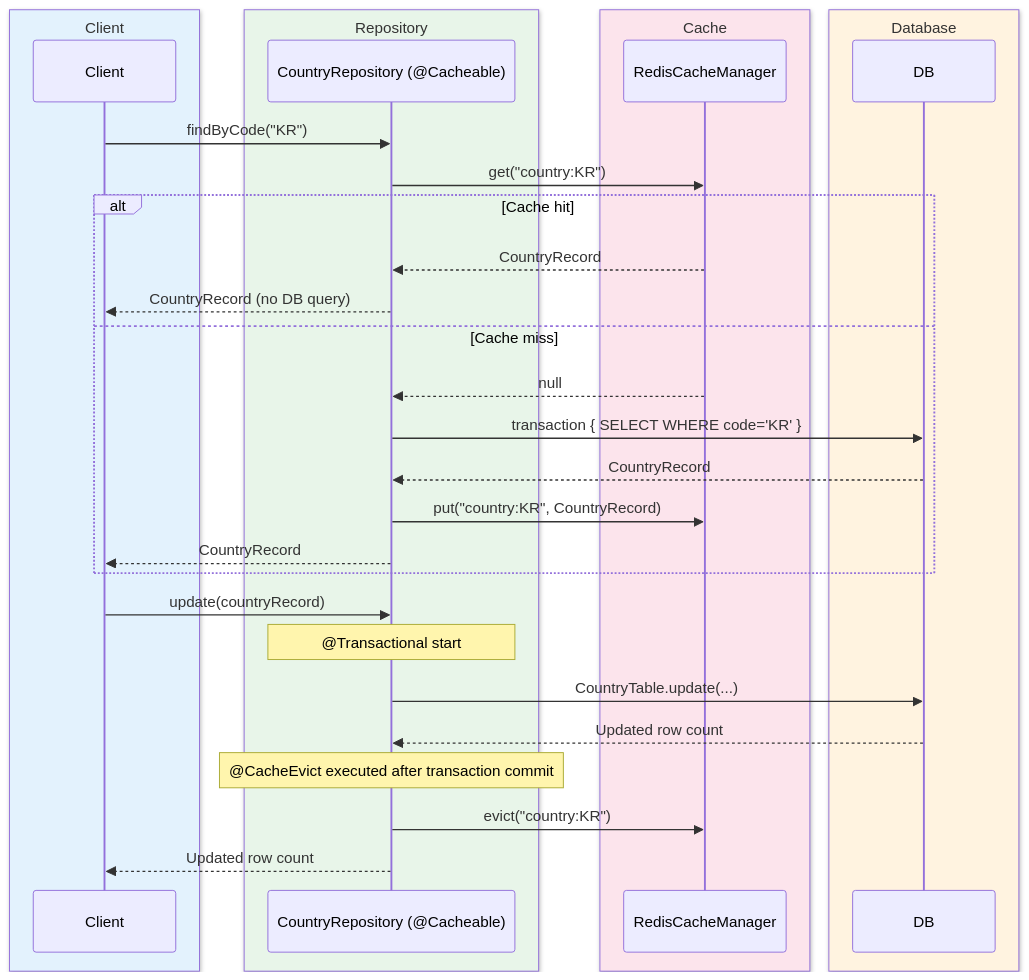
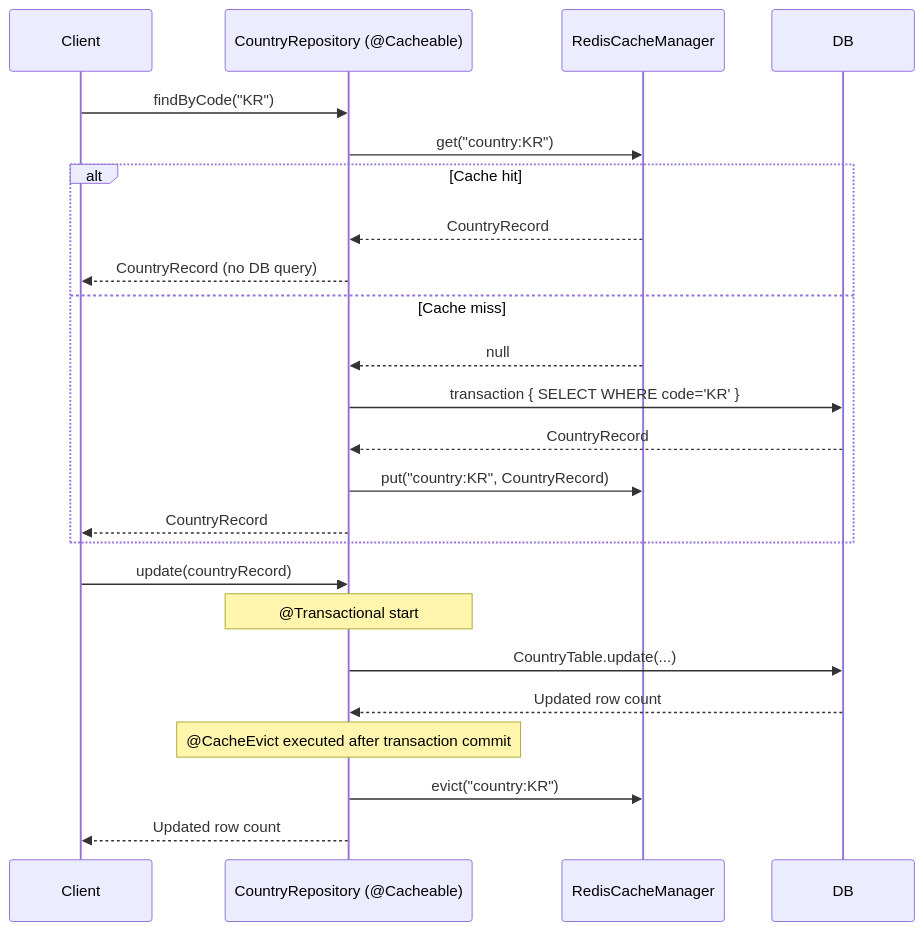
One commit to bluetape4k/exposed-workshop changed the third of 3 diagrams in 09-spring/06-spring-cache/README.md. Above: the diagram before and after it, drawn with Mermaid. The commit also changed 42 other files, not shown here.

First line of the commit message:
docs: sequence diagram에서 box rgb() 제거 (option 1 - GitHub dark mode 기본 렌더링 사용)

````diff
--- a/09-spring/06-spring-cache/README.md
+++ b/09-spring/06-spring-cache/README.md
@@ -183,37 +183,29 @@
 ```mermaid
 %%{init: {"theme": "neutral", "themeVariables": {"fontFamily": "'Comic Mono', 'goorm sans code', 'JetBrains Mono', 'goorm sans'"}}}%%
 sequenceDiagram
-    box rgb(227, 242, 253) Client
-        participant Client
-    end
-    box rgb(232, 245, 233) Repository
-        participant CountryRepository as CountryRepository (@Cacheable)
-    end
-    box rgb(252, 228, 236) Cache
-        participant CacheManager as RedisCacheManager
-    end
-    box rgb(255, 243, 224) Database
-        participant DB
-    end
+    participant Client
+    participant CountryRepository as CountryRepository (@Cacheable)
+    participant CacheManager as RedisCacheManager
+    participant DB
 
     Client->>CountryRepository: findByCode("KR")
     CountryRepository->>CacheManager: get("country:KR")
     alt Cache hit
         CacheManager-->>CountryRepository: CountryRecord
         CountryRepository-->>Client: CountryRecord (no DB query)
     else Cache miss
         CacheManager-->>CountryRepository: null
         CountryRepository->>DB: transaction { SELECT WHERE code='KR' }
         DB-->>CountryRepository: CountryRecord
         CountryRepository->>CacheManager: put("country:KR", CountryRecord)
         CountryRepository-->>Client: CountryRecord
     end
 
     Client->>CountryRepository: update(countryRecord)
     Note over CountryRepository: @Transactional start
     CountryRepository->>DB: CountryTable.update(...)
     DB-->>CountryRepository: Updated row count
     Note over CountryRepository: @CacheEvict executed after transaction commit
     CountryRepository->>CacheManager: evict("country:KR")
     CountryRepository-->>Client: Updated row count
 ```
````
